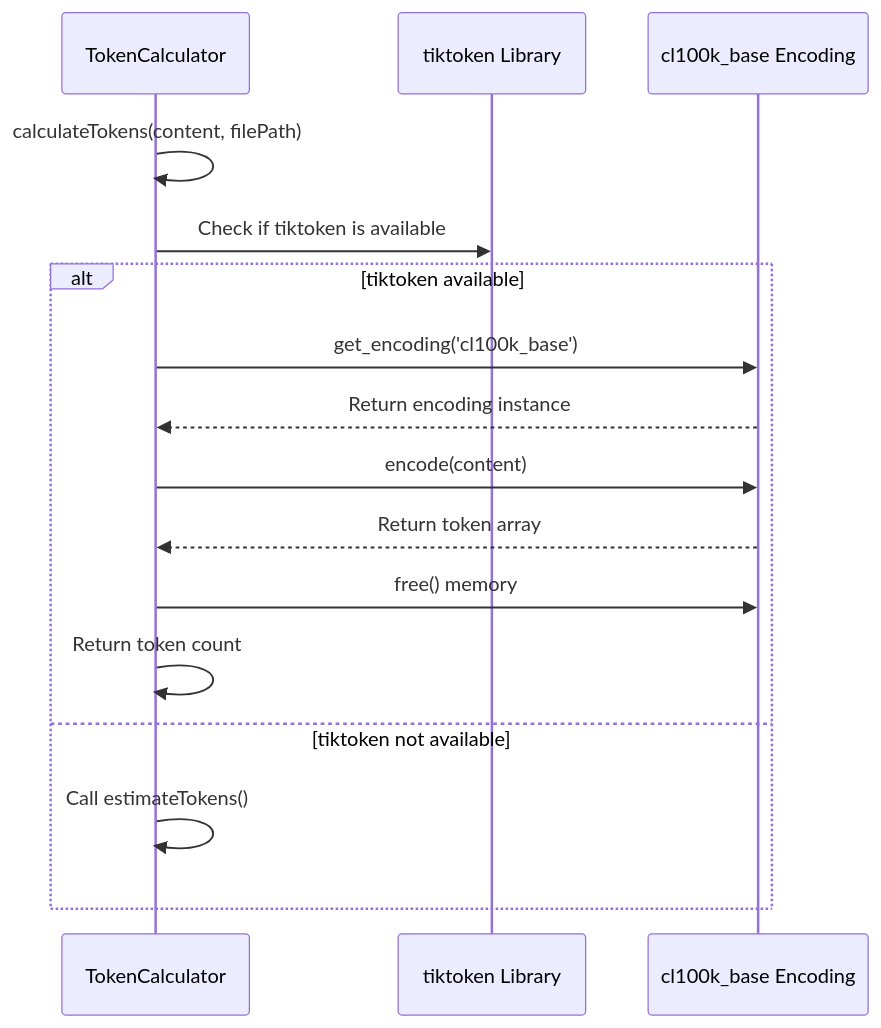
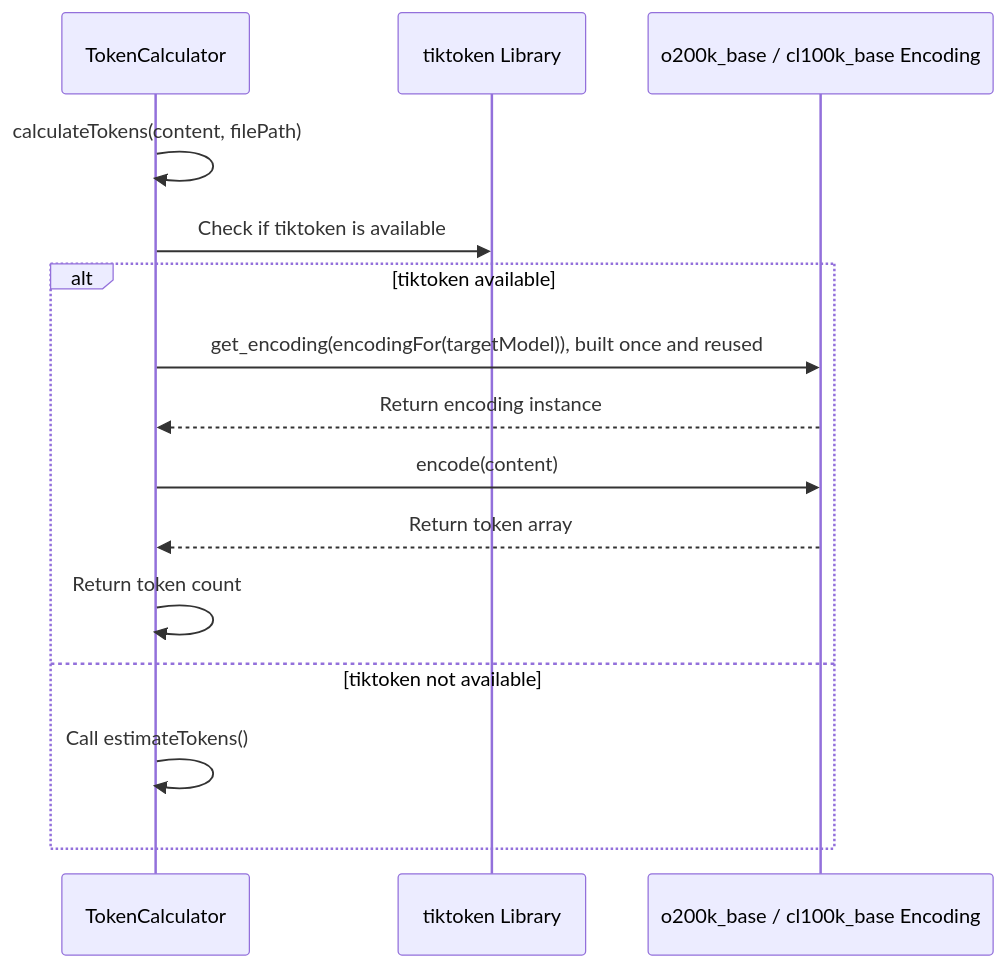
The second of 4 diagrams in docs/content-en/Core Features/Token Counting.md (hakkisagdic/ctxman), drawn with Mermaid before and after one commit. The commit also changed other lines of this file and 352 other files, not shown here.

````diff
--- a/docs/content-en/Core Features/Token Counting.md
+++ b/docs/content-en/Core Features/Token Counting.md
@@ -77,18 +77,17 @@
 ```mermaid
 sequenceDiagram
 participant Calculator as TokenCalculator
 participant Tiktoken as tiktoken Library
-participant Encoding as cl100k_base Encoding
+participant Encoding as o200k_base / cl100k_base Encoding
 Calculator->>Calculator : calculateTokens(content, filePath)
 Calculator->>Tiktoken : Check if tiktoken is available
 alt tiktoken available
-Calculator->>Encoding : get_encoding('cl100k_base')
+Calculator->>Encoding : get_encoding(encodingFor(targetModel)), built once and reused
 Encoding-->>Calculator : Return encoding instance
 Calculator->>Encoding : encode(content)
 Encoding-->>Calculator : Return token array
-Calculator->>Encoding : free() memory
 Calculator->>Calculator : Return token count
 else tiktoken not available
 Calculator->>Calculator : Call estimateTokens()
 end
 ```
````
